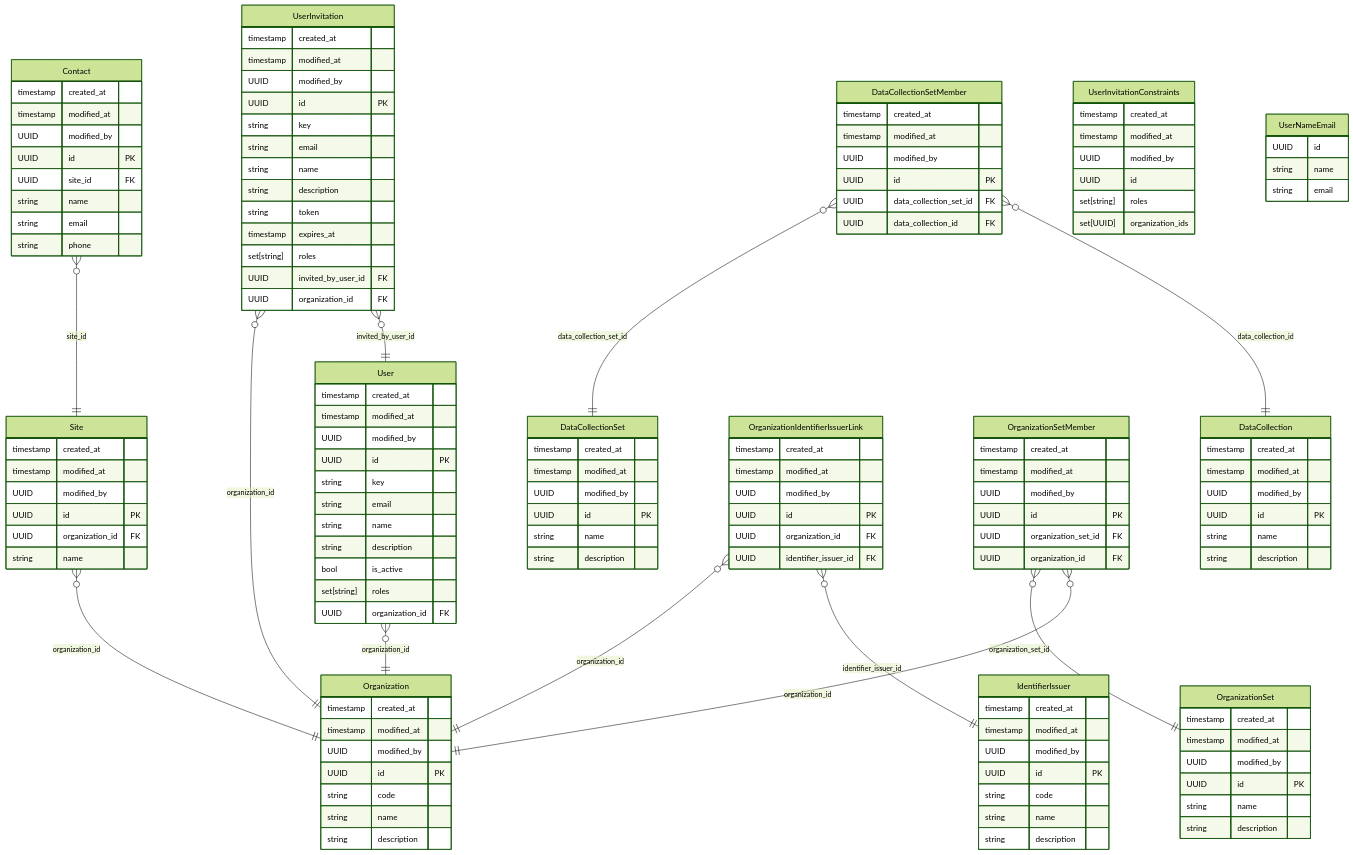
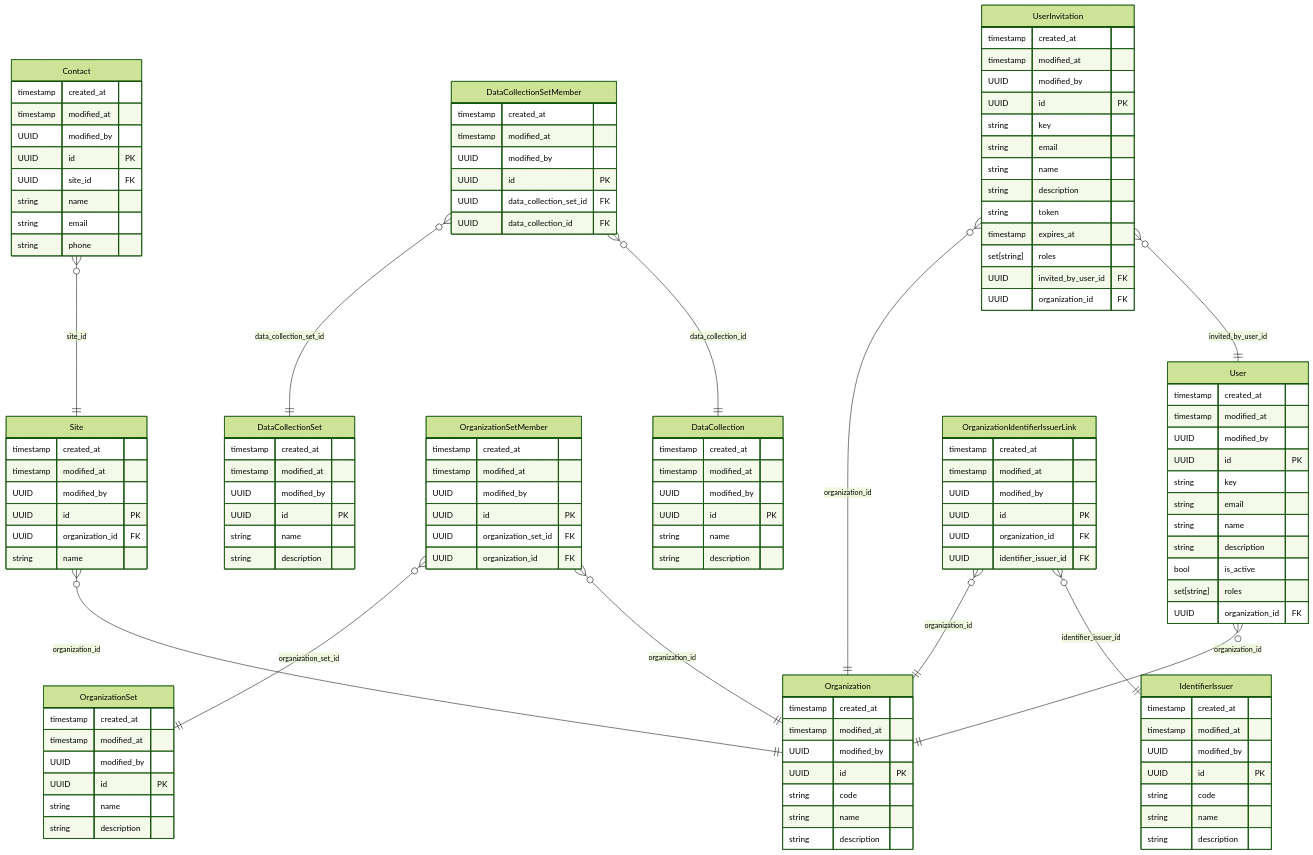
The diagram in docs/erm/seqdb.organization.detailed.md (RIVM-bioinformatics/gen-epix-api), drawn with Mermaid (forest theme) before and after one commit. The commit also changed other lines of this file and 53 other files, not shown here.

Commit message:
feat: fastapp Domain.get_dag_sorted_services and Entity.topological_sort added fix: fastapp Domain.get_dag_sorted_entities/models fixed refactor: generation of mermaid ERM diagrams done in reproducible DAG order rather than random order

````diff
--- a/docs/erm/seqdb.organization.detailed.md
+++ b/docs/erm/seqdb.organization.detailed.md
@@ -9,24 +9,25 @@
     %% Relationships
     Site }o--|| Organization : "organization_id"
     User }o--|| Organization : "organization_id"
-    UserInvitation }o--|| Organization : "organization_id"
-    UserInvitation }o--|| User : "invited_by_user_id"
+    OrganizationSetMember }o--|| OrganizationSet : "organization_set_id"
+    OrganizationSetMember }o--|| Organization : "organization_id"
     DataCollectionSetMember }o--|| DataCollectionSet : "data_collection_set_id"
     DataCollectionSetMember }o--|| DataCollection : "data_collection_id"
     OrganizationIdentifierIssuerLink }o--|| Organization : "organization_id"
     OrganizationIdentifierIssuerLink }o--|| IdentifierIssuer : "identifier_issuer_id"
     Contact }o--|| Site : "site_id"
-    OrganizationSetMember }o--|| OrganizationSet : "organization_set_id"
-    OrganizationSetMember }o--|| Organization : "organization_id"
+    UserInvitation }o--|| Organization : "organization_id"
+    UserInvitation }o--|| User : "invited_by_user_id"
 
     %% Entity definitions
-    Site {
+    Organization {
         timestamp created_at
         timestamp modified_at
         UUID modified_by
         UUID id PK
-        UUID organization_id FK
+        string code
         string name
+        string description
     }
 
     OrganizationSet {
@@ -36,6 +37,43 @@
         UUID id PK
         string name
         string description
+    }
+
+    DataCollection {
+        timestamp created_at
+        timestamp modified_at
+        UUID modified_by
+        UUID id PK
+        string name
+        string description
+    }
+
+    DataCollectionSet {
+        timestamp created_at
+        timestamp modified_at
+        UUID modified_by
+        UUID id PK
+        string name
+        string description
+    }
+
+    IdentifierIssuer {
+        timestamp created_at
+        timestamp modified_at
+        UUID modified_by
+        UUID id PK
+        string code
+        string name
+        string description
+    }
+
+    Site {
+        timestamp created_at
+        timestamp modified_at
+        UUID modified_by
+        UUID id PK
+        UUID organization_id FK
+        string name
     }
 
     User {
@@ -52,19 +90,42 @@
         UUID organization_id FK
     }
 
-    UserInvitationConstraints {
+    OrganizationSetMember {
         timestamp created_at
         timestamp modified_at
         UUID modified_by
-        UUID id
-        set[string] roles
-        set[UUID] organization_ids
+        UUID id PK
+        UUID organization_set_id FK
+        UUID organization_id FK
     }
 
-    UserNameEmail {
-        UUID id
+    DataCollectionSetMember {
+        timestamp created_at
+        timestamp modified_at
+        UUID modified_by
+        UUID id PK
+        UUID data_collection_set_id FK
+        UUID data_collection_id FK
+    }
+
+    OrganizationIdentifierIssuerLink {
+        timestamp created_at
+        timestamp modified_at
+        UUID modified_by
+        UUID id PK
+        UUID organization_id FK
+        UUID identifier_issuer_id FK
+    }
+
+    Contact {
+        timestamp created_at
+        timestamp modified_at
+        UUID modified_by
+        UUID id PK
+        UUID site_id FK
         string name
         string email
+        string phone
     }
 
     UserInvitation {
@@ -83,80 +144,4 @@
         UUID organization_id FK
     }
 
-    Organization {
-        timestamp created_at
-        timestamp modified_at
-        UUID modified_by
-        UUID id PK
-        string code
-        string name
-        string description
-    }
-
-    DataCollectionSetMember {
-        timestamp created_at
-        timestamp modified_at
-        UUID modified_by
-        UUID id PK
-        UUID data_collection_set_id FK
-        UUID data_collection_id FK
-    }
-
-    DataCollectionSet {
-        timestamp created_at
-        timestamp modified_at
-        UUID modified_by
-        UUID id PK
-        string name
-        string description
-    }
-
-    DataCollection {
-        timestamp created_at
-        timestamp modified_at
-        UUID modified_by
-        UUID id PK
-        string name
-        string description
-    }
-
-    OrganizationIdentifierIssuerLink {
-        timestamp created_at
-        timestamp modified_at
-        UUID modified_by
-        UUID id PK
-        UUID organization_id FK
-        UUID identifier_issuer_id FK
-    }
-
-    IdentifierIssuer {
-        timestamp created_at
-        timestamp modified_at
-        UUID modified_by
-        UUID id PK
-        string code
-        string name
-        string description
-    }
-
-    Contact {
-        timestamp created_at
-        timestamp modified_at
-        UUID modified_by
-        UUID id PK
-        UUID site_id FK
-        string name
-        string email
-        string phone
-    }
-
-    OrganizationSetMember {
-        timestamp created_at
-        timestamp modified_at
-        UUID modified_by
-        UUID id PK
-        UUID organization_set_id FK
-        UUID organization_id FK
-    }
-
 ```
````
